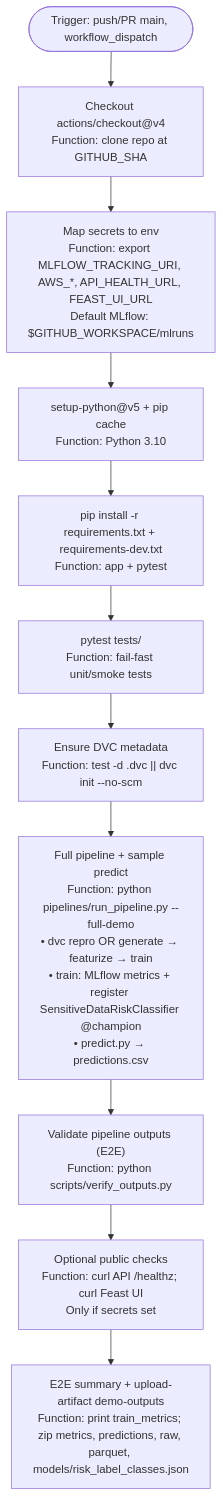
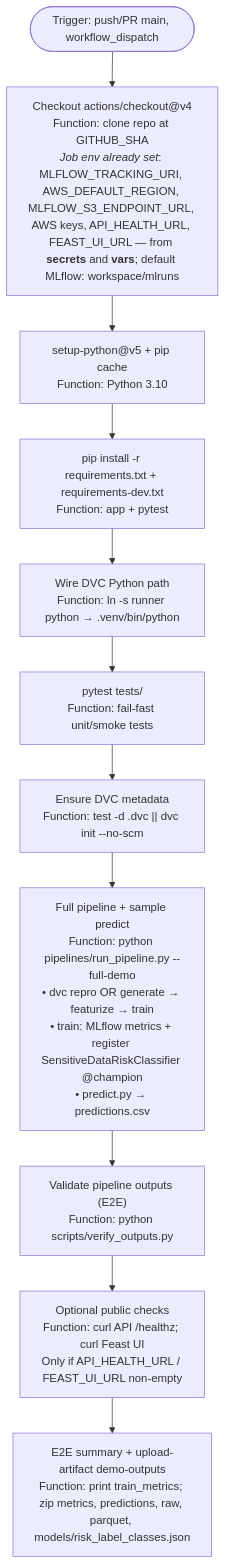
The sixth of 9 diagrams in docs/ARCHITECTURE_AND_CI.md (devopsdymyr/sensitive-mlops-pipeline), drawn with Mermaid before and after one commit. The commit also changed other lines of this file and 13 other files, not shown here.

First line of the commit message:
CI: job-level Actions env; MinIO S3 keys and docs

````diff
--- a/docs/ARCHITECTURE_AND_CI.md
+++ b/docs/ARCHITECTURE_AND_CI.md
@@ -67,33 +201,33 @@
 ```mermaid
 flowchart TD
   T0([Trigger: push/PR main, workflow_dispatch]) --> S1
 
-  S1["Checkout actions/checkout@v4<br/>Function: clone repo at GITHUB_SHA"]
-  S1 --> S2
-
-  S2["Map secrets to env<br/>Function: export MLFLOW_TRACKING_URI, AWS_*, API_HEALTH_URL, FEAST_UI_URL<br/>Default MLflow: $GITHUB_WORKSPACE/mlruns"]
-  S2 --> S3
+  S1["Checkout actions/checkout@v4<br/>Function: clone repo at GITHUB_SHA<br/><i>Job env already set</i>: MLFLOW_TRACKING_URI, AWS_DEFAULT_REGION, MLFLOW_S3_ENDPOINT_URL, AWS keys, API_HEALTH_URL, FEAST_UI_URL — from <b>secrets</b> and <b>vars</b>; default MLflow: workspace/mlruns"]
+  S1 --> S3
 
   S3["setup-python@v5 + pip cache<br/>Function: Python 3.10"]
   S3 --> S4
 
   S4["pip install -r requirements.txt + requirements-dev.txt<br/>Function: app + pytest"]
   S4 --> S5
 
-  S5["pytest tests/<br/>Function: fail-fast unit/smoke tests"]
+  S5["Wire DVC Python path<br/>Function: ln -s runner python → .venv/bin/python"]
   S5 --> S6
 
-  S6["Ensure DVC metadata<br/>Function: test -d .dvc || dvc init --no-scm"]
+  S6["pytest tests/<br/>Function: fail-fast unit/smoke tests"]
   S6 --> S7
 
-  S7["Full pipeline + sample predict<br/>Function: python pipelines/run_pipeline.py --full-demo<br/>• dvc repro OR generate → featurize → train<br/>• train: MLflow metrics + register SensitiveDataRiskClassifier @champion<br/>• predict.py → predictions.csv"]
+  S7["Ensure DVC metadata<br/>Function: test -d .dvc || dvc init --no-scm"]
   S7 --> S8
 
-  S8["Validate pipeline outputs (E2E)<br/>Function: python scripts/verify_outputs.py"]
+  S8["Full pipeline + sample predict<br/>Function: python pipelines/run_pipeline.py --full-demo<br/>• dvc repro OR generate → featurize → train<br/>• train: MLflow metrics + register SensitiveDataRiskClassifier @champion<br/>• predict.py → predictions.csv"]
   S8 --> S9
 
-  S9["Optional public checks<br/>Function: curl API /healthz; curl Feast UI<br/>Only if secrets set"]
+  S9["Validate pipeline outputs (E2E)<br/>Function: python scripts/verify_outputs.py"]
   S9 --> S10
 
-  S10["E2E summary + upload-artifact demo-outputs<br/>Function: print train_metrics; zip metrics, predictions, raw, parquet, models/risk_label_classes.json"]
+  S10["Optional public checks<br/>Function: curl API /healthz; curl Feast UI<br/>Only if API_HEALTH_URL / FEAST_UI_URL non-empty"]
+  S10 --> S11
+
+  S11["E2E summary + upload-artifact demo-outputs<br/>Function: print train_metrics; zip metrics, predictions, raw, parquet, models/risk_label_classes.json"]
 ```
````
